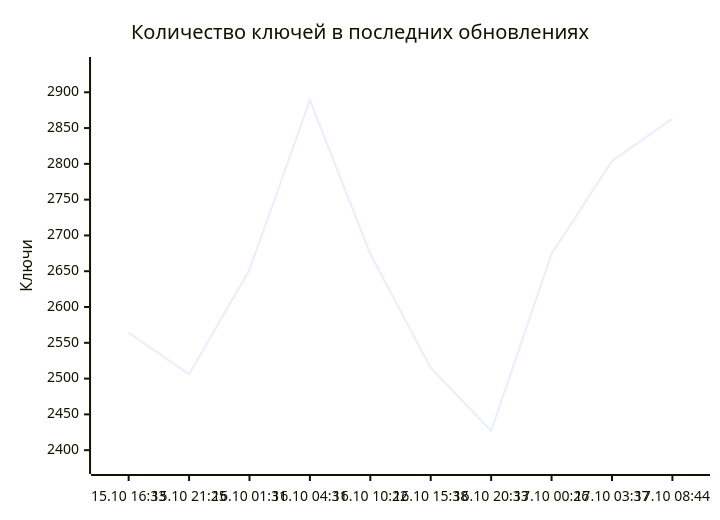
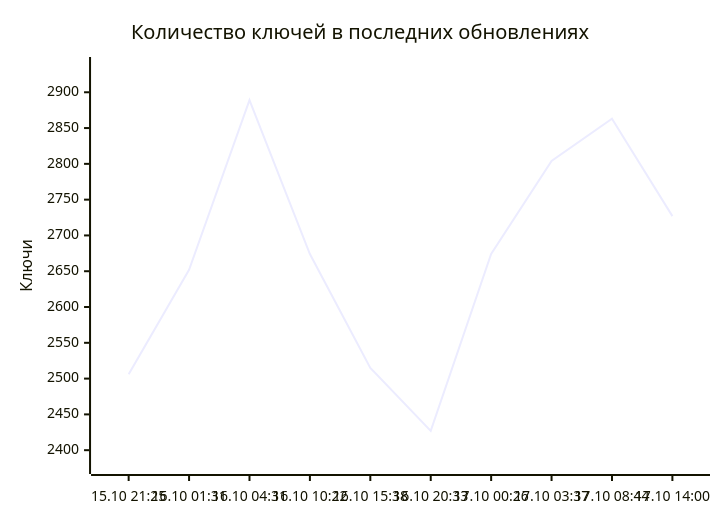
The diagram in README.md (markKikhtenko/WireVeil), drawn with Mermaid before and after one commit. The commit also changed other lines of this file and 12 other files, not shown here.

````diff
--- a/README.md
+++ b/README.md
@@ -55,7 +55,7 @@
 ```mermaid
 xychart-beta
     title "Количество ключей в последних обновлениях"
-    x-axis ["15.10 16:33", "15.10 21:25", "16.10 01:31", "16.10 04:31", "16.10 10:22", "16.10 15:38", "16.10 20:33", "17.10 00:26", "17.10 03:37", "17.10 08:44"]
+    x-axis ["15.10 21:25", "16.10 01:31", "16.10 04:31", "16.10 10:22", "16.10 15:38", "16.10 20:33", "17.10 00:26", "17.10 03:37", "17.10 08:44", "17.10 14:00"]
     y-axis "Ключи" 2380 --> 2936
-    line [2564, 2506, 2652, 2889, 2674, 2515, 2427, 2674, 2804, 2863]
+    line [2506, 2652, 2889, 2674, 2515, 2427, 2674, 2804, 2863, 2727]
 ```
````
